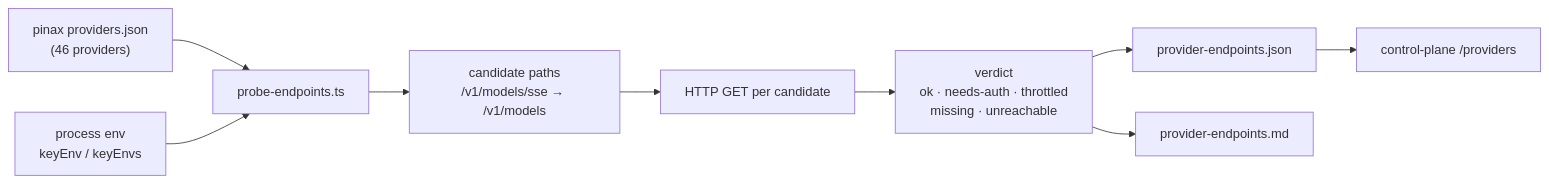
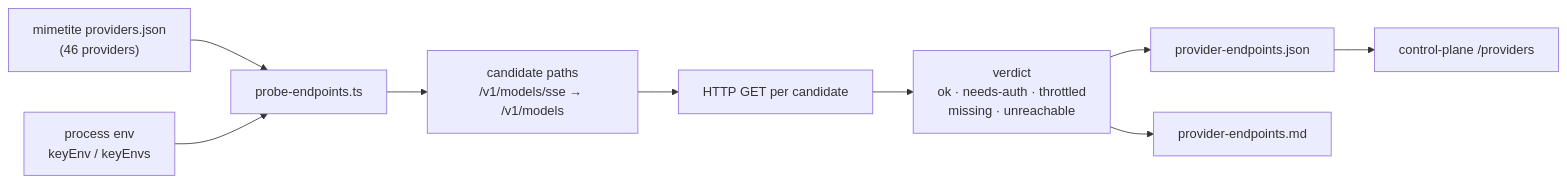
One commit to toxicwind/estate changed the diagram in ops/provider-endpoints/README.md. Above: the diagram before and after it, drawn with Mermaid. The commit also changed other lines of this file and 416 other files, not shown here.

Commit message:
geode rename: cuttinggate->chalcopyrite, herd->bornite, hodos->rhodochrosite, pinax->mimetite

````diff
--- a/ops/provider-endpoints/README.md
+++ b/ops/provider-endpoints/README.md
@@ -44,11 +44,11 @@
 ```mermaid
 graph LR
-  CAT["pinax providers.json<br/>(46 providers)"] --> PROBE[probe-endpoints.ts]
+  CAT["mimetite providers.json<br/>(46 providers)"] --> PROBE[probe-endpoints.ts]
   KEYS["process env<br/>keyEnv / keyEnvs"] --> PROBE
   PROBE --> CAND["candidate paths<br/>/v1/models/sse → /v1/models"]
   CAND --> HTTP[HTTP GET per candidate]
   HTTP --> VERDICT["verdict<br/>ok · needs-auth · throttled<br/>missing · unreachable"]
   VERDICT --> JSON[provider-endpoints.json]
   VERDICT --> MD[provider-endpoints.md]
   JSON --> UI["control-plane /providers"]
 ```
````
